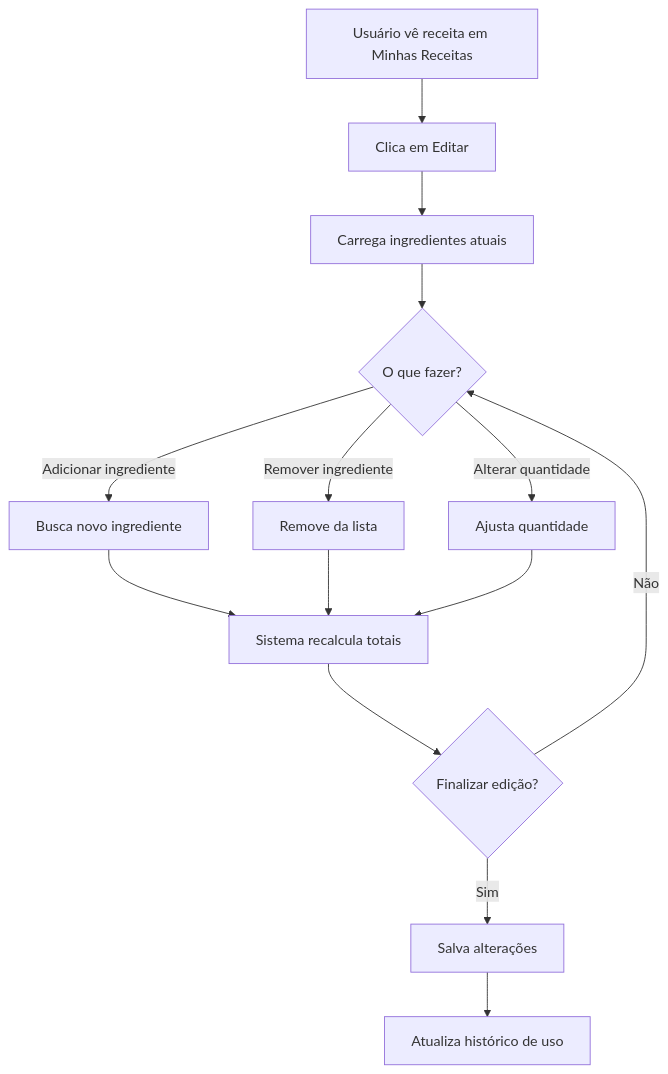
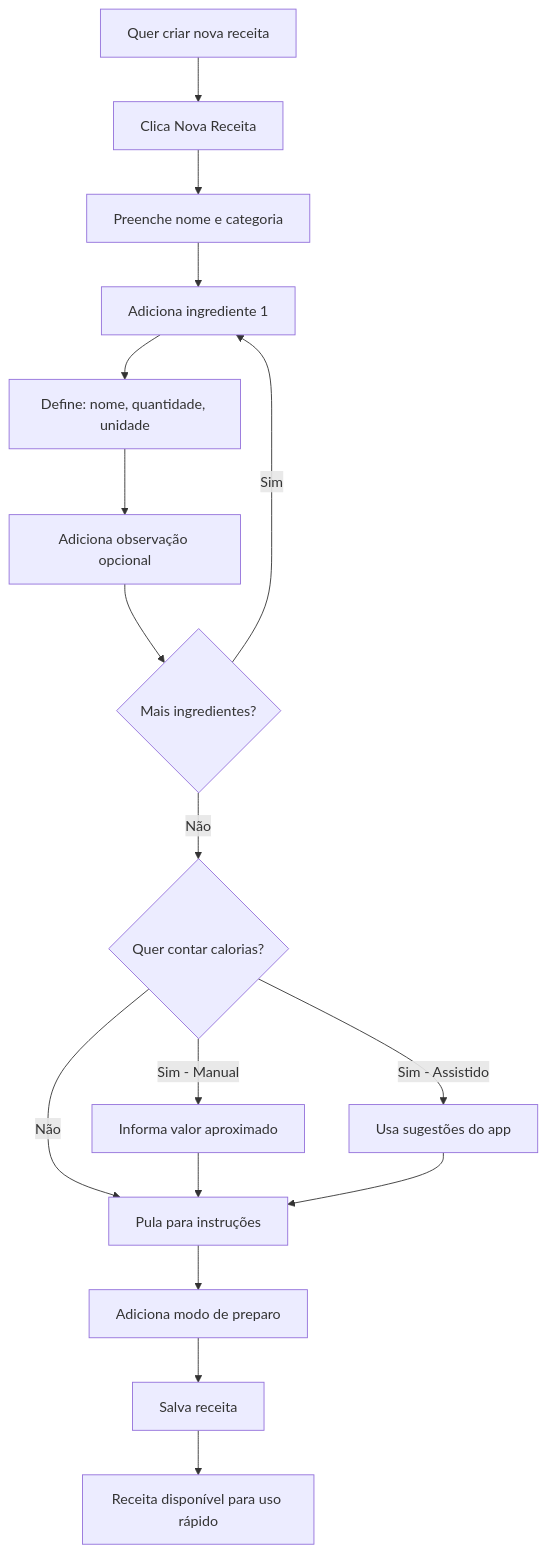
One commit to MrJCRJ/Lifestyle changed the second of 5 diagrams in ESTRATEGIA_MELHORIAS_SAUDE.md. Above: the diagram before and after it, drawn with Mermaid. The commit also changed other lines of this file, not shown here.

First line of the commit message:
feat: Adiciona estratégia completa de Modo Foco para atividades

````diff
--- a/ESTRATEGIA_MELHORIAS_SAUDE.md
+++ b/ESTRATEGIA_MELHORIAS_SAUDE.md
@@ -542,16 +405,19 @@
 ```mermaid
 graph TD
-    A[Usuário vê receita em Minhas Receitas] --> B[Clica em Editar]
-    B --> C[Carrega ingredientes atuais]
-    C --> D{O que fazer?}
-    D -->|Adicionar ingrediente| E[Busca novo ingrediente]
-    D -->|Remover ingrediente| F[Remove da lista]
-    D -->|Alterar quantidade| G[Ajusta quantidade]
-    E --> H[Sistema recalcula totais]
-    F --> H
-    G --> H
-    H --> I{Finalizar edição?}
-    I -->|Não| D
-    I -->|Sim| J[Salva alterações]
-    J --> K[Atualiza histórico de uso]
+    A[Quer criar nova receita] --> B[Clica Nova Receita]
+    B --> C[Preenche nome e categoria]
+    C --> D[Adiciona ingrediente 1]
+    D --> E[Define: nome, quantidade, unidade]
+    E --> F[Adiciona observação opcional]
+    F --> G{Mais ingredientes?}
+    G -->|Sim| D
+    G -->|Não| H{Quer contar calorias?}
+    H -->|Não| I[Pula para instruções]
+    H -->|Sim - Manual| J[Informa valor aproximado]
+    H -->|Sim - Assistido| K[Usa sugestões do app]
+    J --> I
+    K --> I
+    I --> L[Adiciona modo de preparo]
+    L --> M[Salva receita]
+    M --> N[Receita disponível para uso rápido]
 ```
````
